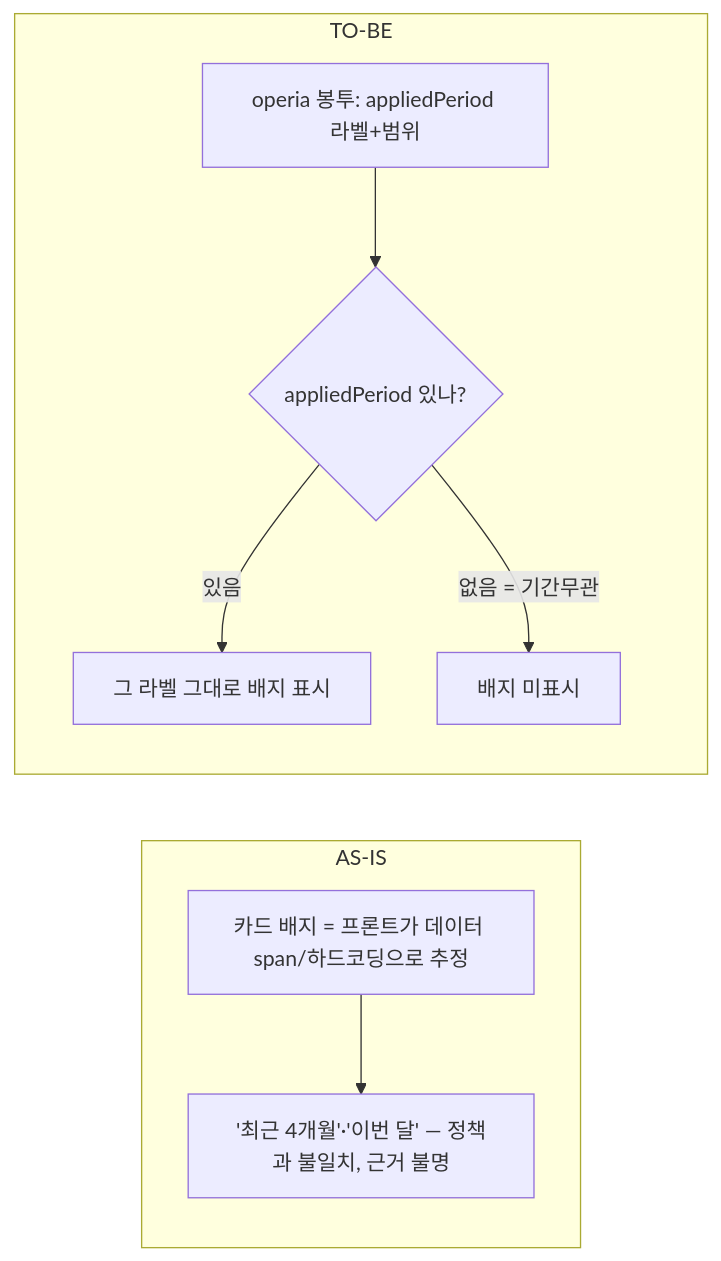
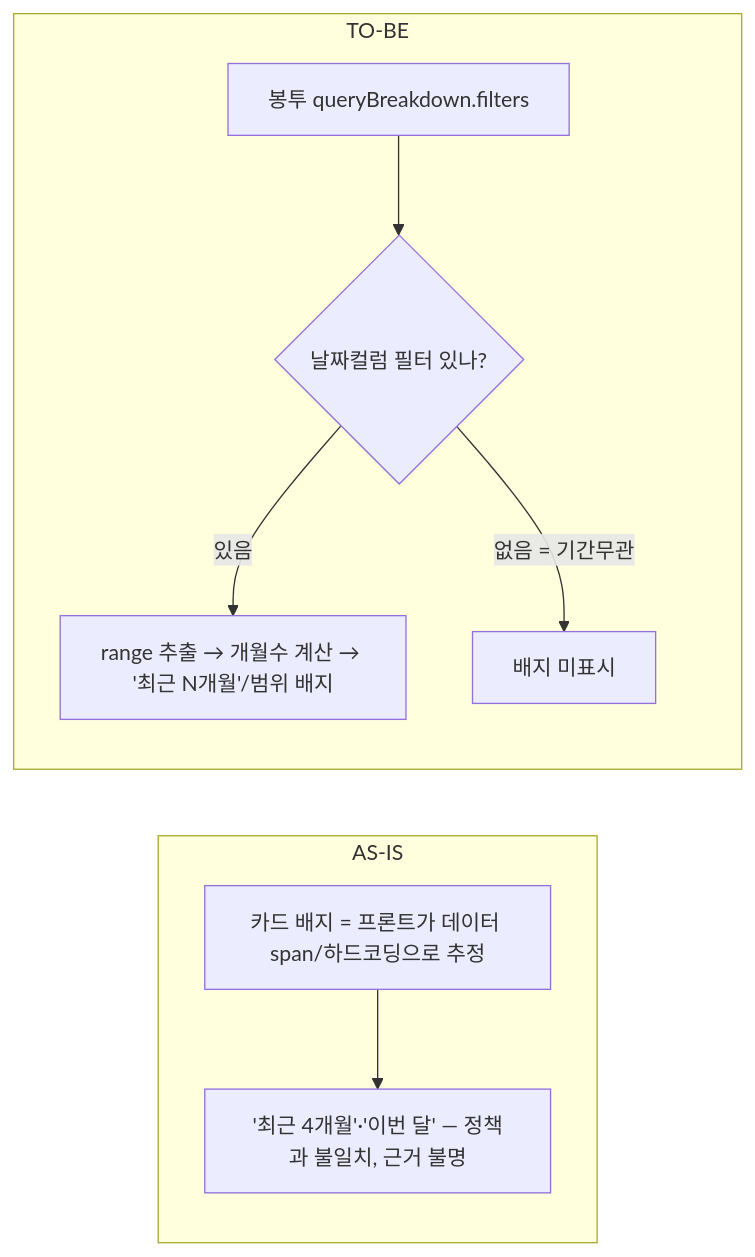
One commit to wowDongHyeon/edupay-app changed the diagram in docs/프론트설계/02_기간라벨정책.md. Above: the diagram before and after it, drawn with Mermaid. The commit also changed other lines of this file and 12 other files, not shown here.

````diff
--- a/docs/프론트설계/02_기간라벨정책.md
+++ b/docs/프론트설계/02_기간라벨정책.md
@@ -23,11 +36,11 @@
 ```mermaid
 flowchart LR
   subgraph ASIS[AS-IS]
     A1[카드 배지 = 프론트가 데이터 span/하드코딩으로 추정] --> A2["'최근 4개월'·'이번 달' — 정책과 불일치, 근거 불명"]
   end
   subgraph TOBE[TO-BE]
-    B1[operia 봉투: appliedPeriod 라벨+범위] --> B2{appliedPeriod 있나?}
-    B2 -->|있음| B3[그 라벨 그대로 배지 표시]
+    B1[봉투 queryBreakdown.filters] --> B2{날짜컬럼 필터 있나?}
+    B2 -->|있음| B3[range 추출 → 개월수 계산 → '최근 N개월'/범위 배지]
     B2 -->|없음 = 기간무관| B4[배지 미표시]
   end
 ```
````
